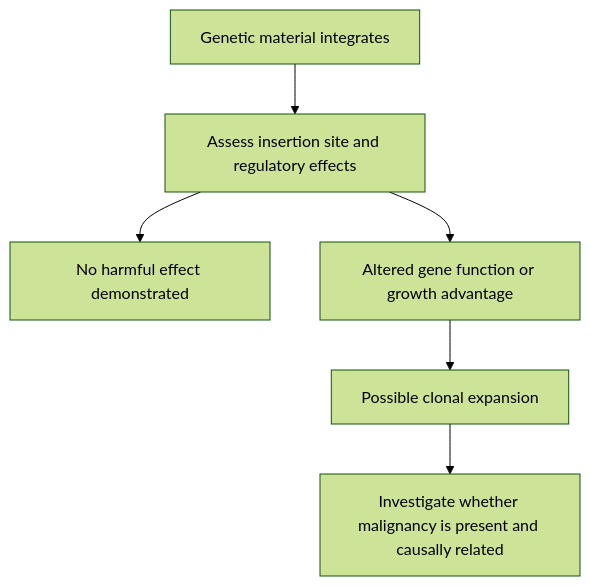
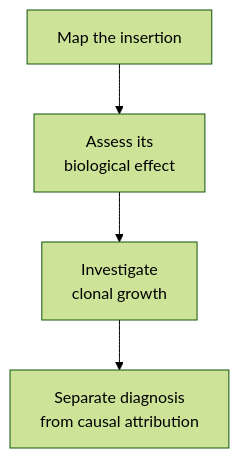
The diagram in wiki/education/concepts/therapeutics/toxicities-and-supportive-care/insertional-mutagenesis.md (jasonLaster/oncoguide), drawn with Mermaid (forest theme) before and after one commit. The commit also changed other lines of this file and 43 other files, not shown here.

Commit message:
education: sync engineered-cell curriculum and native diagram settings

````diff
--- a/wiki/education/concepts/therapeutics/toxicities-and-supportive-care/insertional-mutagenesis.md
+++ b/wiki/education/concepts/therapeutics/toxicities-and-supportive-care/insertional-mutagenesis.md
@@ -42,8 +44,6 @@
 ```mermaid
 flowchart TD
-  A["Genetic material integrates"] --> B["Assess insertion site and regulatory effects"]
-  B --> C["No harmful effect demonstrated"]
-  B --> D["Altered gene function or growth advantage"]
-  D --> E["Possible clonal expansion"]
-  E --> F["Investigate whether malignancy is present and causally related"]
+  A["Map the insertion"] --> B["Assess its<br/>biological effect"]
+  B --> C["Investigate<br/>clonal growth"]
+  C --> D["Separate diagnosis<br/>from causal attribution"]
 ```
````
